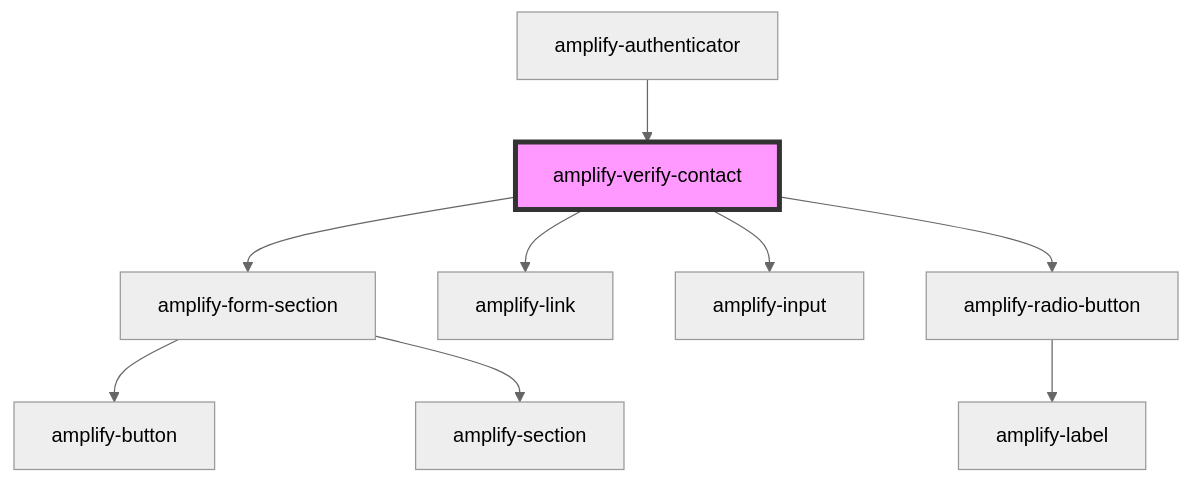
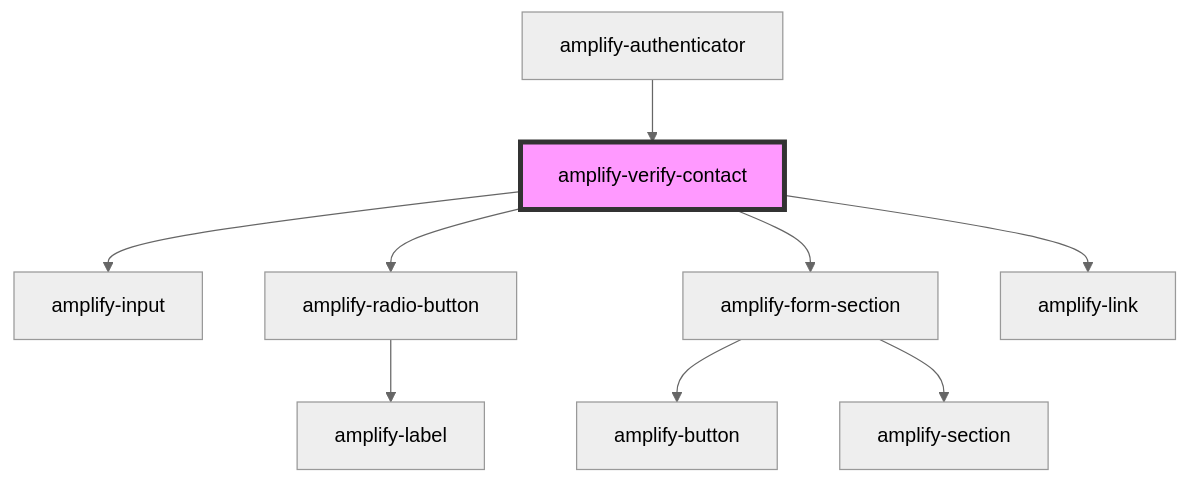
One commit to OneDev0411/amplify-js changed the diagram in packages/amplify-ui-components/src/components/amplify-verify-contact/readme.md. Above: the diagram before and after it, drawn with Mermaid (neutral theme). The commit also changed other lines of this file and 4 other files, not shown here.

````diff
--- a/packages/amplify-ui-components/src/components/amplify-verify-contact/readme.md
+++ b/packages/amplify-ui-components/src/components/amplify-verify-contact/readme.md
@@ -28,12 +28,12 @@
 ```mermaid
 graph TD;
+  amplify-verify-contact --> amplify-input
+  amplify-verify-contact --> amplify-radio-button
   amplify-verify-contact --> amplify-form-section
   amplify-verify-contact --> amplify-link
-  amplify-verify-contact --> amplify-input
-  amplify-verify-contact --> amplify-radio-button
+  amplify-radio-button --> amplify-label
   amplify-form-section --> amplify-button
   amplify-form-section --> amplify-section
-  amplify-radio-button --> amplify-label
   amplify-authenticator --> amplify-verify-contact
   style amplify-verify-contact fill:#f9f,stroke:#333,stroke-width:4px
 ```
````
